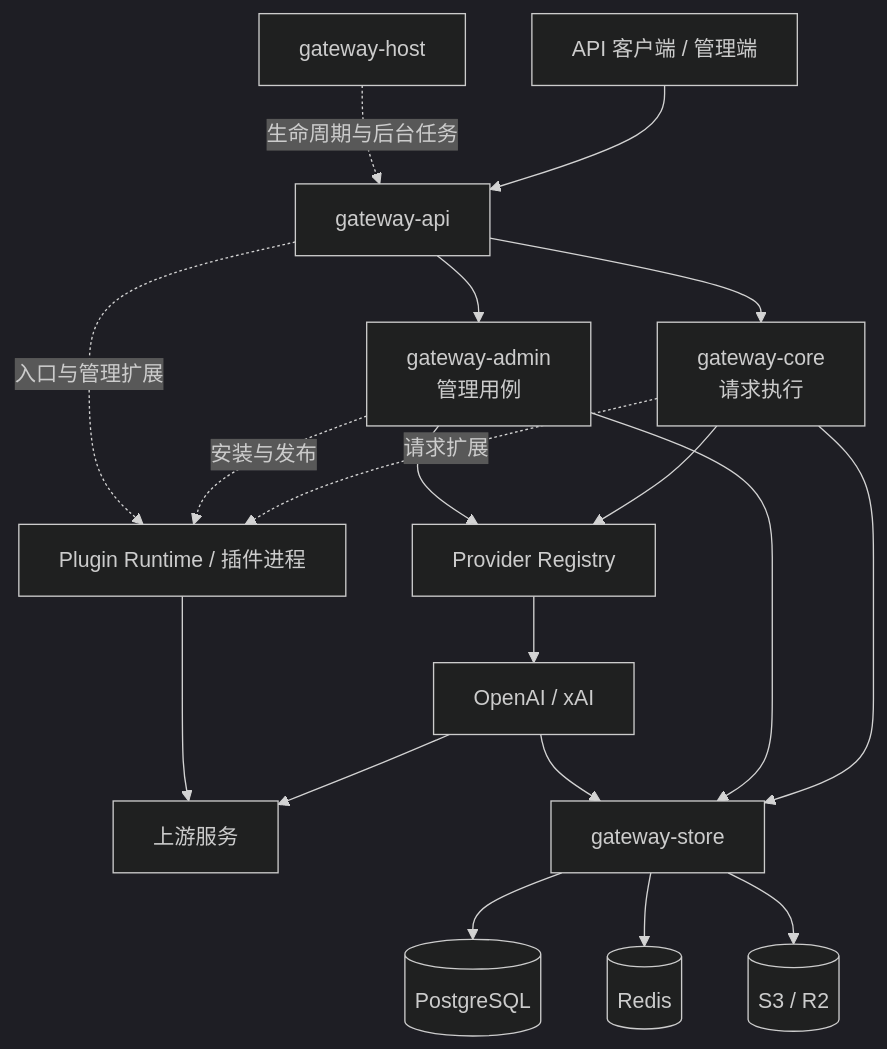
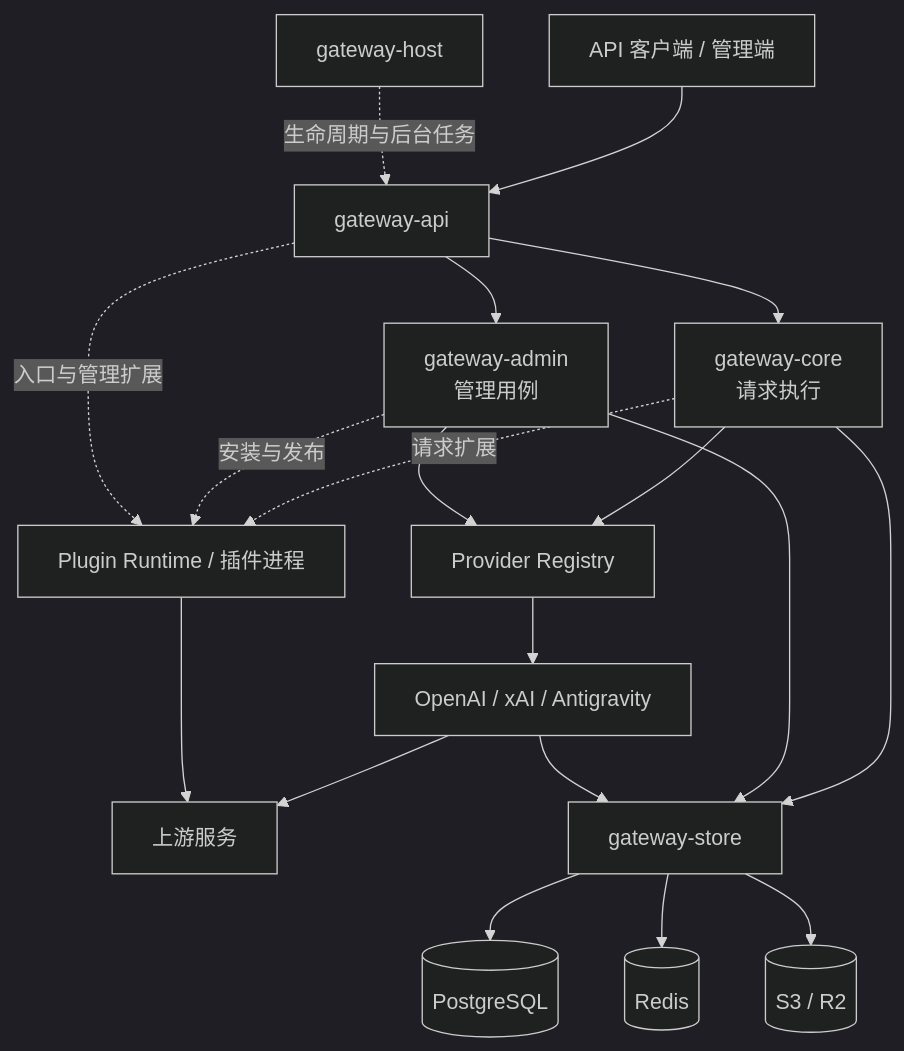
Before and after one commit to zyycn/codex-proxy-rs: the first of 3 diagrams in docs/architecture.md, drawn with Mermaid (dark theme). The commit also changed other lines of this file and 155 other files, not shown here.

````diff
--- a/docs/architecture.md
+++ b/docs/architecture.md
@@ -40,21 +40,21 @@
 ```mermaid
 flowchart TB
   Client[API 客户端 / 管理端] --> API[gateway-api]
   Host[gateway-host] -. 生命周期与后台任务 .-> API
   API --> Core[gateway-core<br/>请求执行]
   API --> Admin[gateway-admin<br/>管理用例]
   Core --> Registry[Provider Registry]
   Admin --> Registry
-  Registry --> Builtin[OpenAI / xAI]
+  Registry --> Builtin[OpenAI / xAI / Antigravity]
   Core -. 请求扩展 .-> Plugins[Plugin Runtime / 插件进程]
   Admin -. 安装与发布 .-> Plugins
   API -. 入口与管理扩展 .-> Plugins
   Builtin --> Upstream[上游服务]
   Plugins --> Upstream
   Core --> Store[gateway-store]
   Admin --> Store
   Builtin --> Store
   Store --> PG[(PostgreSQL)]
   Store --> Redis[(Redis)]
   Store --> Object[(S3 / R2)]
 ```
````
